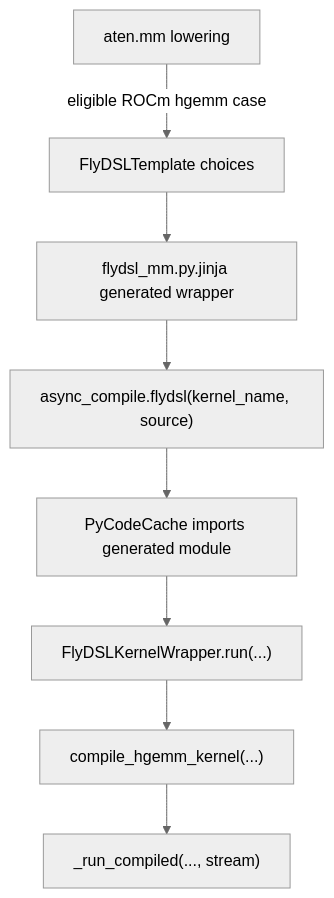
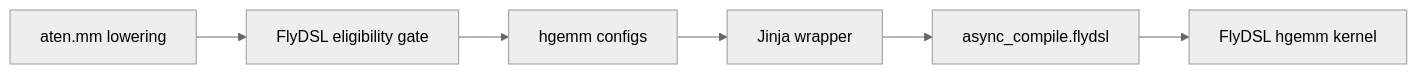
One commit to XiaobingSuper/FlyDSL changed the fifth of 6 diagrams in docs/pytorch_integration_rfc.md. Above: the diagram before and after it, drawn with Mermaid (neutral theme). The commit also changed other lines of this file, not shown here.

````diff
--- a/docs/pytorch_integration_rfc.md
+++ b/docs/pytorch_integration_rfc.md
@@ -425,10 +203,8 @@
 ```mermaid
-flowchart TB
-    A["aten.mm lowering"] -->|eligible ROCm hgemm case| B["FlyDSLTemplate choices"]
-    B --> C["flydsl_mm.py.jinja generated wrapper"]
-    C --> D["async_compile.flydsl(kernel_name, source)"]
-    D --> E["PyCodeCache imports generated module"]
-    E --> F["FlyDSLKernelWrapper.run(...)"]
-    F --> G["compile_hgemm_kernel(...)"]
-    G --> H["_run_compiled(..., stream)"]
+flowchart LR
+    A["aten.mm lowering"] --> B["FlyDSL eligibility gate"]
+    B --> C["hgemm configs"]
+    C --> D["Jinja wrapper"]
+    D --> E["async_compile.flydsl"]
+    E --> F["FlyDSL hgemm kernel"]
 ```
````
